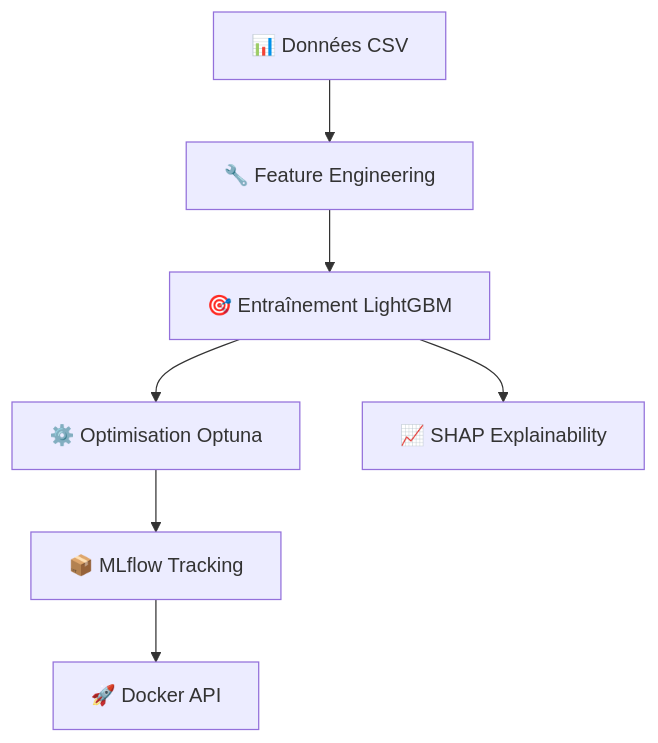
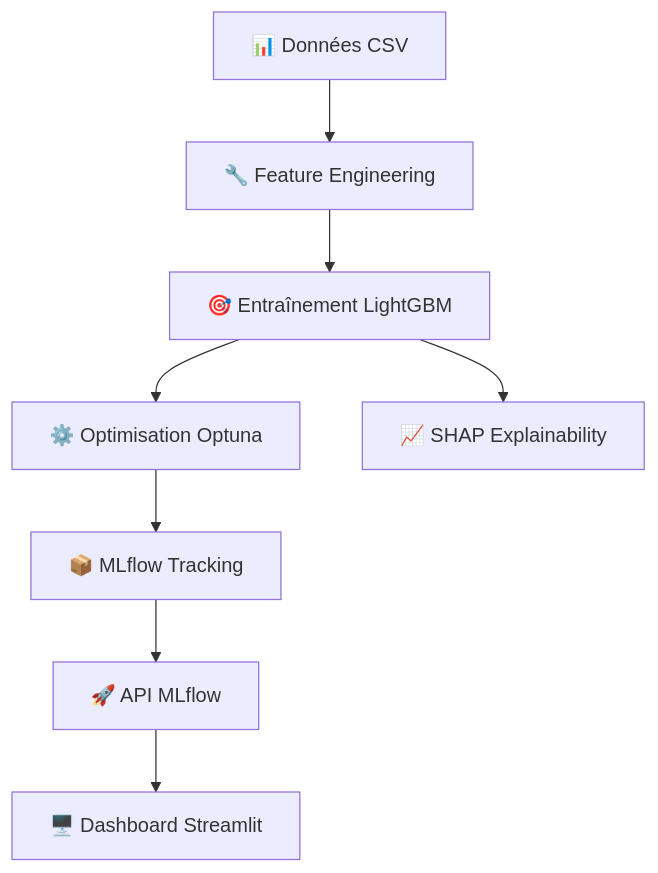
One commit to Gael926/credit-scoring-analysis-pipeline changed the diagram in README.md. Above: the diagram before and after it, drawn with Mermaid. The commit also changed other lines of this file and 7 other files, not shown here.

````diff
--- a/README.md
+++ b/README.md
@@ -7,9 +7,10 @@
 ```mermaid
 flowchart TD
     A[📊 Données CSV] --> B[🔧 Feature Engineering]
     B --> C[🎯 Entraînement LightGBM]
     C --> D[⚙️ Optimisation Optuna]
     D --> E[📦 MLflow Tracking]
-    E --> F[🚀 Docker API]
-    C --> G[📈 SHAP Explainability]
+    E --> F[🚀 API MLflow]
+    F --> G[🖥️ Dashboard Streamlit]
+    C --> H[📈 SHAP Explainability]
 ```
````
